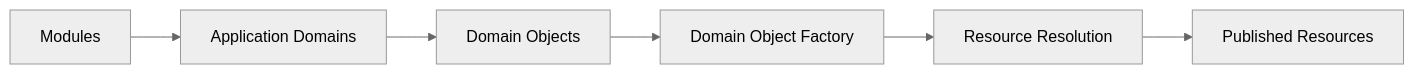
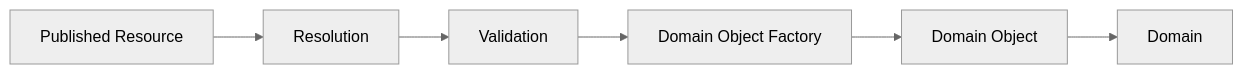
The fifth of 5 diagrams in docs/01_application-architecture/001-application-overview.md (kjvonly/kjvonly.bible), drawn with Mermaid (neutral theme) before and after one commit. The commit also changed other lines of this file, not shown here.

````diff
--- a/docs/01_application-architecture/001-application-overview.md
+++ b/docs/01_application-architecture/001-application-overview.md
@@ -512,25 +584,25 @@
 ```mermaid
 flowchart LR
 
-    RESOURCES["Published Resources"]
+    Resource["Published Resource"]
 
-    RESOLUTION["Resource Resolution"]
+    Resolution["Resolution"]
 
-    FACTORY["Domain Object Factory"]
+    Validation["Validation"]
 
-    OBJECTS["Domain Objects"]
+    Factory["Domain Object Factory"]
 
-    DOMAINS["Application Domains"]
+    Object["Domain Object"]
 
-    MODULES["Modules"]
+    Domain["Domain"]
 
-    MODULES --> DOMAINS
+    Resource --> Resolution
 
-    DOMAINS --> OBJECTS
+    Resolution --> Validation
 
-    OBJECTS --> FACTORY
+    Validation --> Factory
 
-    FACTORY --> RESOLUTION
+    Factory --> Object
 
-    RESOLUTION --> RESOURCES
+    Object --> Domain
 ```
````
